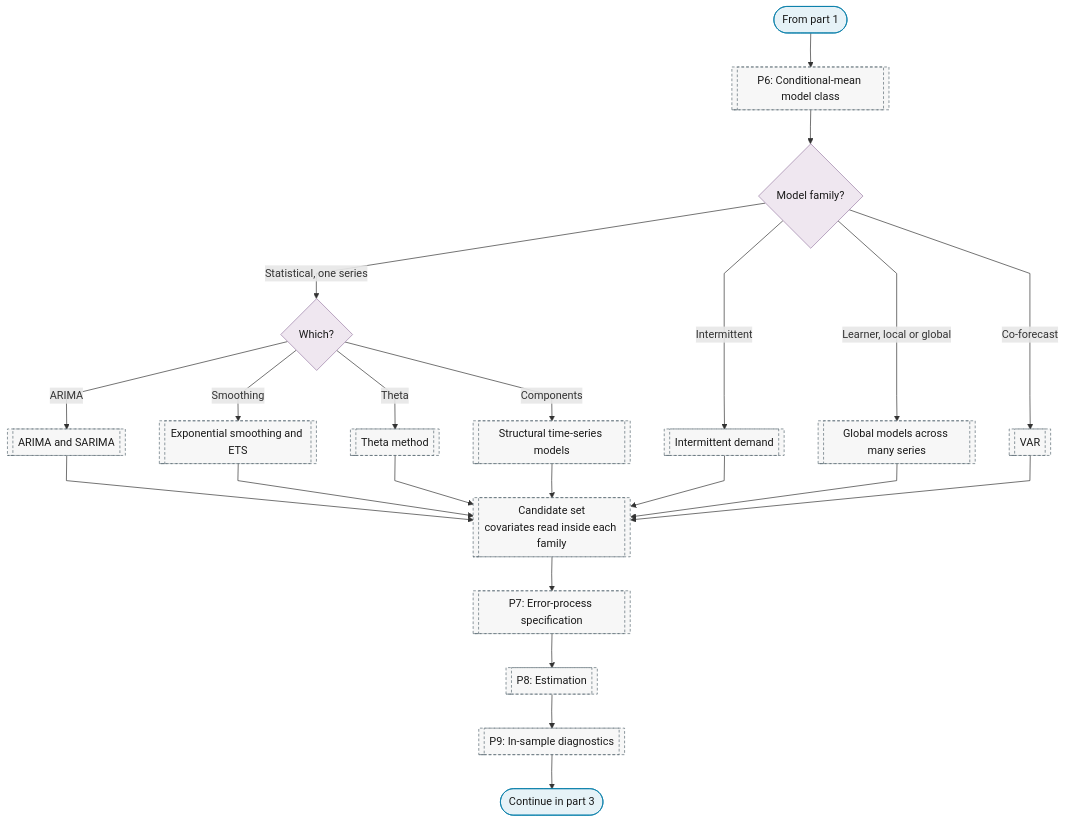
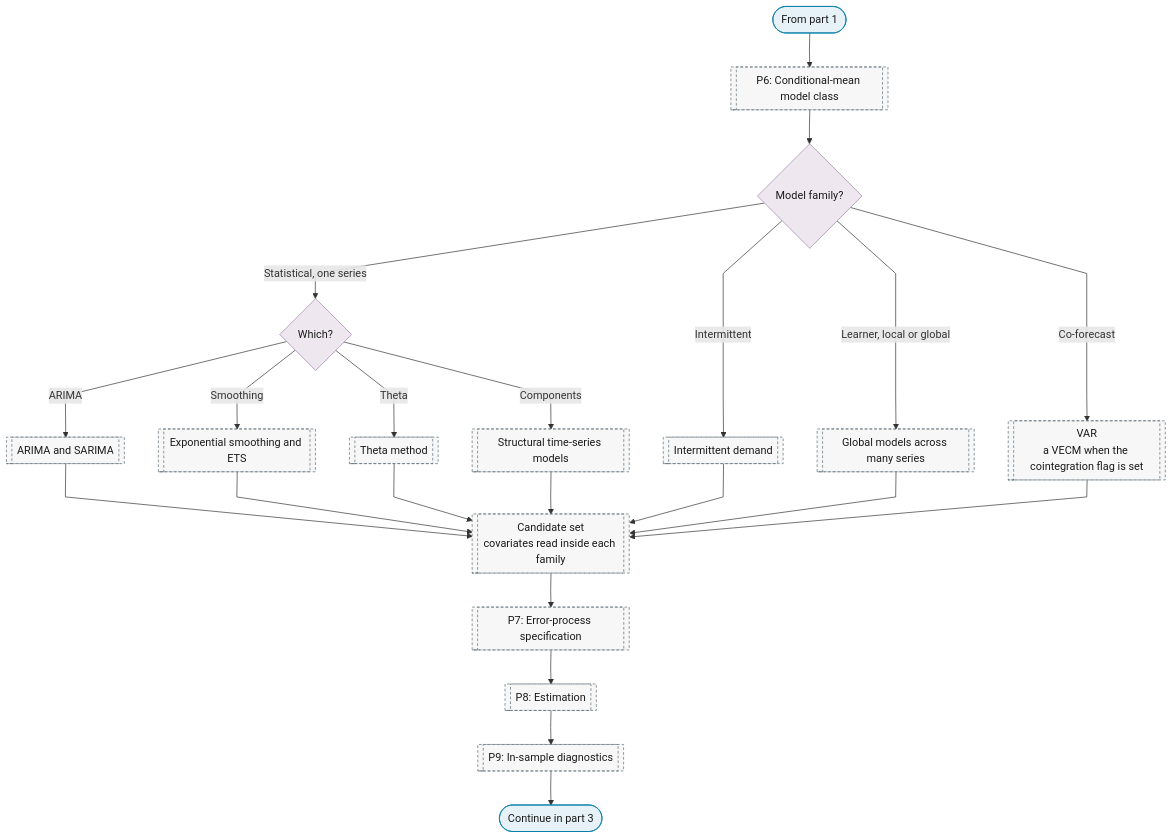
One commit to Shuxin-Y/time-series-analysis-manual changed the second of 3 diagrams in docs/01-workflow/p00-purpose/01-forecasting.md. Above: the diagram before and after it, drawn with Mermaid. The commit also changed 11 other files, not shown here.

````diff
--- a/docs/01-workflow/p00-purpose/01-forecasting.md
+++ b/docs/01-workflow/p00-purpose/01-forecasting.md
@@ -39,31 +39,31 @@
 ```mermaid
 %%{init: {"flowchart": {"curve": "linear"}}}%%
 graph TD
     P0_FC_PART_2_IN(["From part 1"]) --> P6[["P6: Conditional-mean model class"]]
     P6 --> P0_FC_FAMILY{"Model family?"}
     P0_FC_FAMILY -->|"Statistical, one series"| P0_FC_STATISTICAL{"Which?"}
     P0_FC_FAMILY -->|"Intermittent"| P6_INTERMITTENT[["Intermittent demand"]]
     P0_FC_FAMILY -->|"Learner, local or global"| P6_GLOBAL_MODELS[["Global models across many series"]]
-    P0_FC_FAMILY -->|"Co-forecast"| P6_VAR[["VAR"]]
+    P0_FC_FAMILY -->|"Co-forecast"| P6_VAR[["VAR<br/>a VECM when the cointegration flag is set"]]
     P0_FC_STATISTICAL -->|"ARIMA"| P6_ARIMA_SARIMA[["ARIMA and SARIMA"]]
     P0_FC_STATISTICAL -->|"Smoothing"| P6_ETS[["Exponential smoothing and ETS"]]
     P0_FC_STATISTICAL -->|"Theta"| P6_THETA[["Theta method"]]
     P0_FC_STATISTICAL -->|"Components"| P6_STRUCTURAL_TS[["Structural time-series models"]]
     P6_ARIMA_SARIMA & P6_ETS & P6_THETA & P6_STRUCTURAL_TS --> P6_CANDIDATE_SET
     P6_INTERMITTENT & P6_GLOBAL_MODELS & P6_VAR --> P6_CANDIDATE_SET[["Candidate set<br/>covariates read inside each family"]]
     P6_CANDIDATE_SET --> P7[["P7: Error-process specification"]]
     P7 --> P8[["P8: Estimation"]]
     P8 --> P9[["P9: In-sample diagnostics"]]
     P9 --> P0_FC_PART_2_OUT(["Continue in part 3"])
     class P0_FC_PART_2_IN,P0_FC_PART_2_OUT terminator
     class P0_FC_FAMILY,P0_FC_STATISTICAL decision
     class P6,P6_INTERMITTENT,P6_GLOBAL_MODELS,P6_VAR,P6_ARIMA_SARIMA,P6_ETS,P6_THETA,P6_STRUCTURAL_TS,P6_CANDIDATE_SET,P7,P8,P9 ref
     classDef terminator fill:#E6F2F7,stroke:#007BA7,color:#1A1A1A;
     classDef process fill:#FFFFFF,stroke:#5A6B73,color:#1A1A1A;
     classDef decision fill:#EFE7F0,stroke:#9B7FA7,color:#1A1A1A;
     classDef data fill:#FFF4E0,stroke:#C9A55E,color:#1A1A1A;
     classDef good fill:#DCEFD8,stroke:#4A7A3F,color:#1A1A1A;
     classDef escalate fill:#FFE9C2,stroke:#C9A55E,color:#1A1A1A;
     classDef problem fill:#F2D9DE,stroke:#800020,color:#1A1A1A;
     classDef ref fill:#F7F7F7,stroke:#5A6B73,color:#1A1A1A,stroke-dasharray:4 3;
 ```
````
